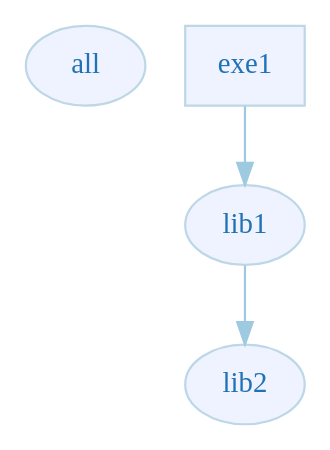
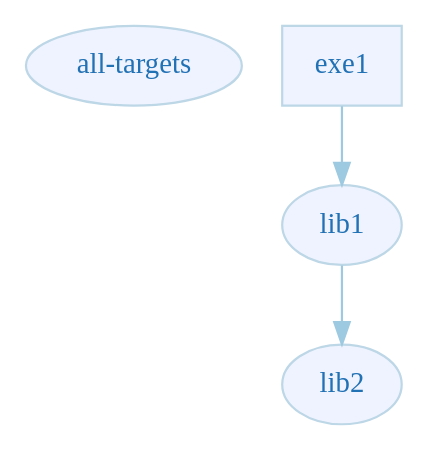
The diagram in exe1-uses.dot (claremacrae/project_dependencies_viz), drawn with Graphviz before and after one commit. The commit also changed 10 other files, not shown here.

Commit message:
Renamed 'all' to 'all-targets'

```diff
--- a/exe1-uses.dot
+++ b/exe1-uses.dot
@@ -1,30 +1,30 @@
 digraph G {
     fontname="sans-serif";
     penwidth="0.1";
     edge [comment="Wildcard edge", 
           fontname="sans-serif", 
           fontsize=10, 
           colorscheme="blues3", 
           color=2, 
           fontcolor=3];
     node [fontname="serif", 
           fontsize=13, 
           fillcolor="1", 
           colorscheme="blues4", 
           color="2", 
           fontcolor="4", 
           style="filled"];
     subgraph "contents" {
         rankdir="LR";
         style="solid";
         margin="0.5";
         edge [comment="subgraph edge wildcard"];
         node [comment="subgraph node wildcard"];
-        "all" [URL="all.svg"];
+        "all-targets" [URL="all-targets.svg"];
     }
     "lib1" [URL="lib1-uses.svg"];
     "lib2" [URL="lib2-uses.svg"];
     "lib1" -> "lib2";
     "exe1" [shape="box" URL="exe1-uses.svg"];
     "exe1" -> "lib1";
 }
```
